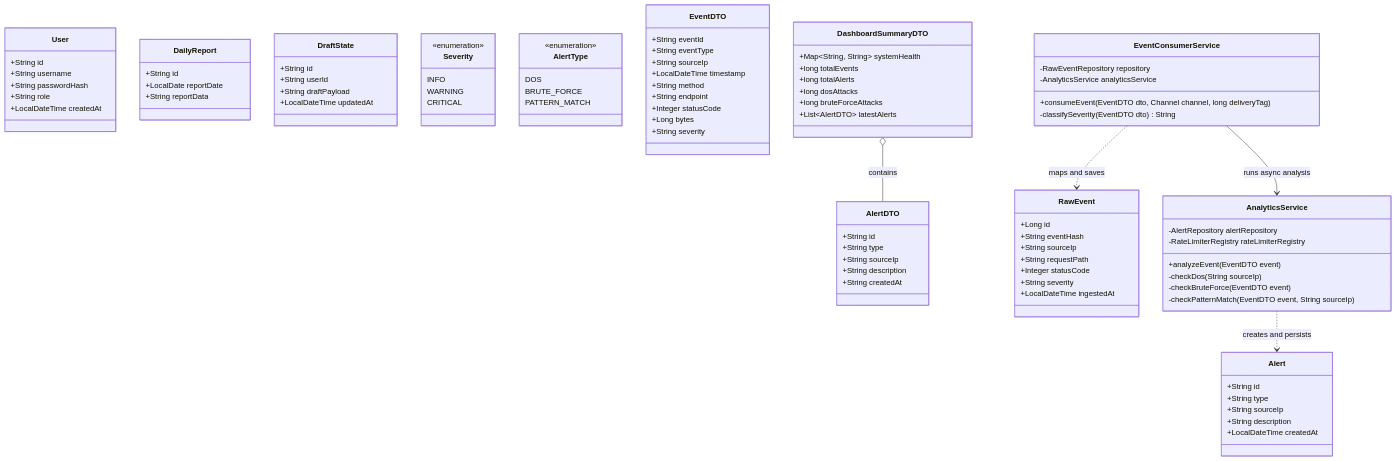
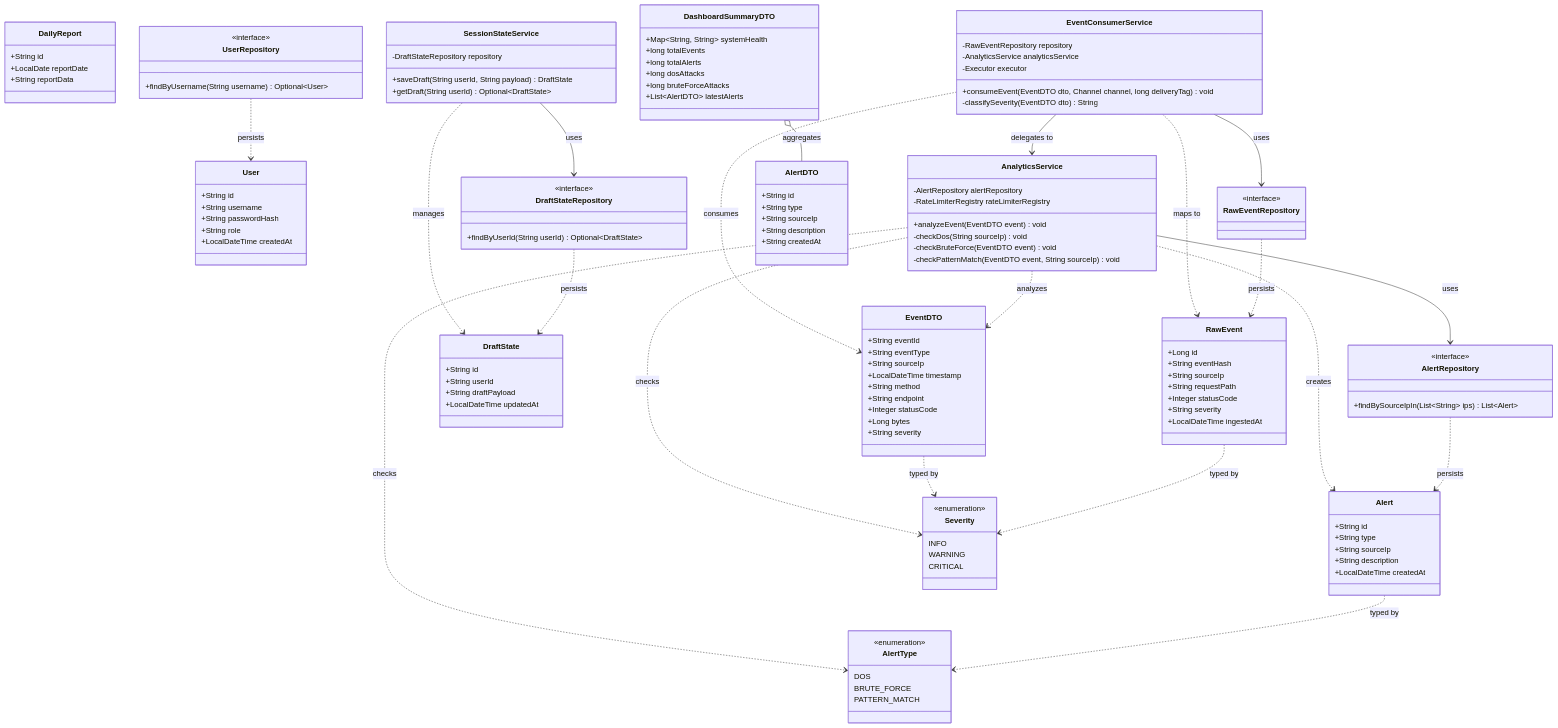
The diagram in docs/uml/Class_UML.md (ZGr3Y/sentinel-distributed-siem), drawn with Mermaid before and after one commit. The commit also changed other lines of this file and 1 other file, not shown here.

Commit message:
docs: update class diagram with repository interfaces and service dependencies, and add Spring Boot Actuator dependency to sentinel-agent

````diff
--- a/docs/uml/Class_UML.md
+++ b/docs/uml/Class_UML.md
@@ -44,7 +44,7 @@
         +LocalDateTime updatedAt
     }
 
-    %% Conceptual enums (defined in codebase, values used as strings in entities)
+    %% Enumerations
     class Severity {
         <<enumeration>>
         INFO
@@ -57,6 +57,50 @@
         DOS
         BRUTE_FORCE
         PATTERN_MATCH
+    }
+
+    %% Repositories (Interfaces)
+    class RawEventRepository {
+        <<interface>>
+    }
+
+    class AlertRepository {
+        <<interface>>
+        +findBySourceIpIn(List~String~ ips) List~Alert~
+    }
+
+    class UserRepository {
+        <<interface>>
+        +findByUsername(String username) Optional~User~
+    }
+
+    class DraftStateRepository {
+        <<interface>>
+        +findByUserId(String userId) Optional~DraftState~
+    }
+
+    %% Services
+    class EventConsumerService {
+        -RawEventRepository repository
+        -AnalyticsService analyticsService
+        -Executor executor
+        +consumeEvent(EventDTO dto, Channel channel, long deliveryTag) void
+        -classifySeverity(EventDTO dto) String
+    }
+
+    class AnalyticsService {
+        -AlertRepository alertRepository
+        -RateLimiterRegistry rateLimiterRegistry
+        +analyzeEvent(EventDTO event) void
+        -checkDos(String sourceIp) void
+        -checkBruteForce(EventDTO event) void
+        -checkPatternMatch(EventDTO event, String sourceIp) void
+    }
+
+    class SessionStateService {
+        -DraftStateRepository repository
+        +saveDraft(String userId, String payload) DraftState
+        +getDraft(String userId) Optional~DraftState~
     }
 
     %% DTOs
@@ -89,26 +133,28 @@
         +String createdAt
     }
 
-    %% Core Services
-    class AnalyticsService {
-        -AlertRepository alertRepository
-        -RateLimiterRegistry rateLimiterRegistry
-        +analyzeEvent(EventDTO event)
-        -checkDos(String sourceIp)
-        -checkBruteForce(EventDTO event)
-        -checkPatternMatch(EventDTO event, String sourceIp)
-    }
+    %% Relationships
+    EventConsumerService --> RawEventRepository : uses
+    EventConsumerService --> AnalyticsService : delegates to
+    EventConsumerService ..> EventDTO : consumes
+    EventConsumerService ..> RawEvent : maps to
+    
+    AnalyticsService --> AlertRepository : uses
+    AnalyticsService ..> Alert : creates
+    AnalyticsService ..> EventDTO : analyzes
+    AnalyticsService ..> AlertType : checks
+    AnalyticsService ..> Severity : checks
 
-    class EventConsumerService {
-        -RawEventRepository repository
-        -AnalyticsService analyticsService
-        +consumeEvent(EventDTO dto, Channel channel, long deliveryTag)
-        -classifySeverity(EventDTO dto) String
-    }
+    SessionStateService --> DraftStateRepository : uses
+    SessionStateService ..> DraftState : manages
 
-    %% Relationships
-    DashboardSummaryDTO o-- AlertDTO : contains
-    EventConsumerService ..> RawEvent : maps and saves
-    EventConsumerService --> AnalyticsService : runs async analysis
-    AnalyticsService ..> Alert : creates and persists
+    RawEventRepository ..> RawEvent : persists
+    AlertRepository ..> Alert : persists
+    DraftStateRepository ..> DraftState : persists
+    UserRepository ..> User : persists
+
+    DashboardSummaryDTO o-- AlertDTO : aggregates
+    EventDTO ..> Severity : typed by
+    RawEvent ..> Severity : typed by
+    Alert ..> AlertType : typed by
 ```
````
